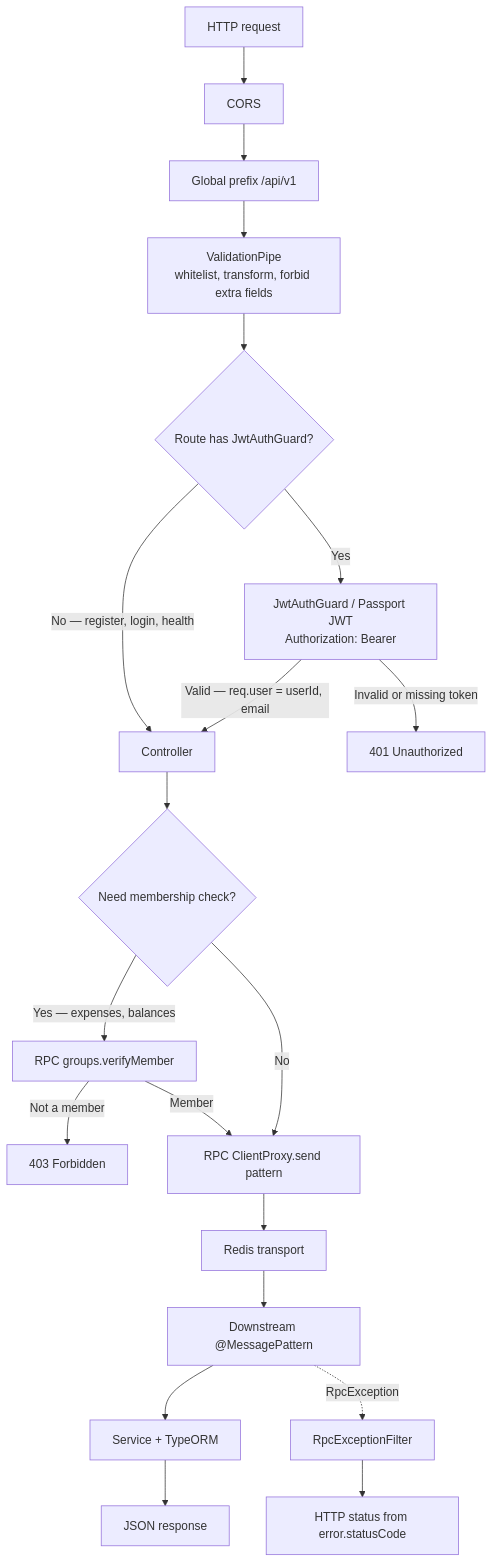
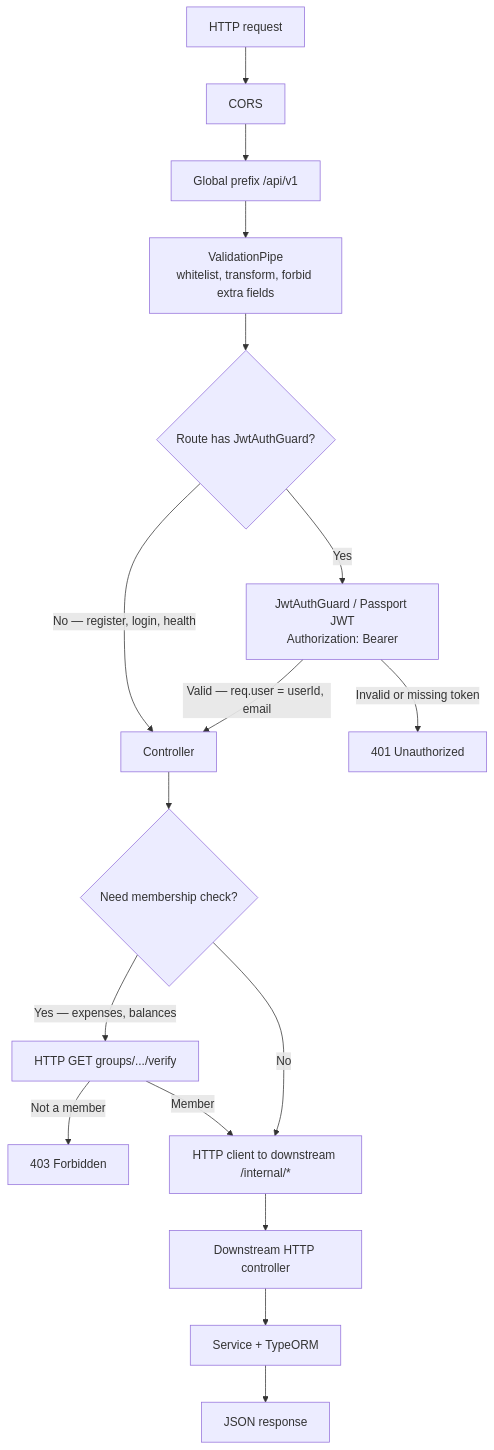
Before and after one commit to shanecjones1999/expense-splitter: the second of 5 diagrams in docs/REQUEST_FLOW.md, drawn with Mermaid. The commit also changed other lines of this file and 46 other files, not shown here.

First line of the commit message:
Replace TCP microservice RPC with internal HTTP.

````diff
--- a/docs/REQUEST_FLOW.md
+++ b/docs/REQUEST_FLOW.md
@@ -38,26 +38,22 @@
 ```mermaid
 flowchart TD
   A[HTTP request] --> B[CORS]
   B --> C["Global prefix /api/v1"]
   C --> D["ValidationPipe<br/>whitelist, transform, forbid extra fields"]
   D --> E{Route has JwtAuthGuard?}
 
   E -->|No — register, login, health| G[Controller]
   E -->|Yes| F["JwtAuthGuard / Passport JWT<br/>Authorization: Bearer"]
   F -->|Invalid or missing token| F401[401 Unauthorized]
   F -->|Valid — req.user = userId, email| G
 
   G --> H{Need membership check?}
-  H -->|Yes — expenses, balances| I["RPC groups.verifyMember"]
+  H -->|Yes — expenses, balances| I["HTTP GET groups/.../verify"]
   I -->|Not a member| F403[403 Forbidden]
-  I -->|Member| J["RPC ClientProxy.send pattern"]
+  I -->|Member| J["HTTP client to downstream /internal/*"]
   H -->|No| J
 
-  J --> K[Redis transport]
-  K --> L["Downstream @MessagePattern"]
-  L --> M[Service + TypeORM]
-  M --> N[JSON response]
-
-  L -.->|RpcException| O[RpcExceptionFilter]
-  O --> P["HTTP status from error.statusCode"]
+  J --> K[Downstream HTTP controller]
+  K --> L[Service + TypeORM]
+  L --> M[JSON response]
 ```
````
